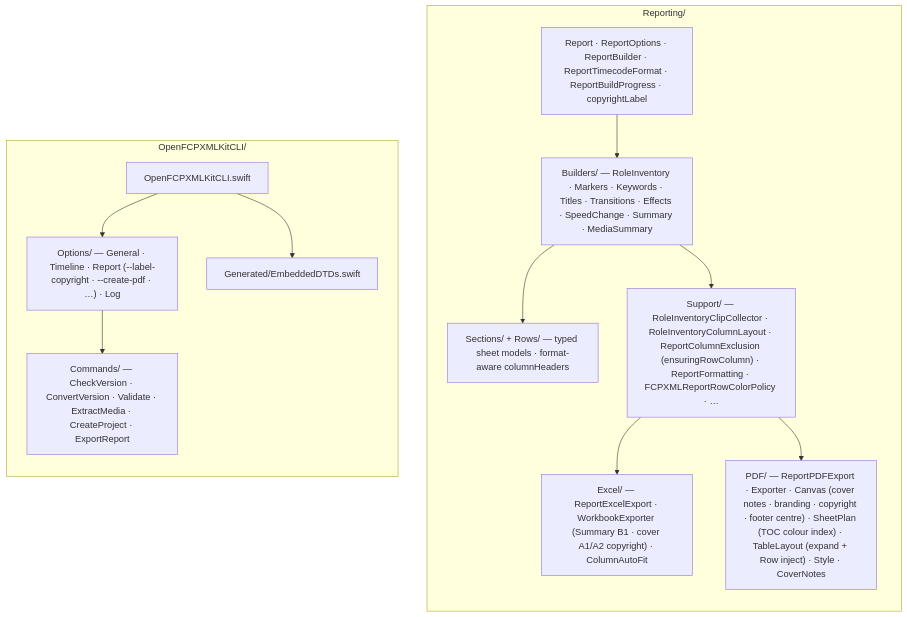
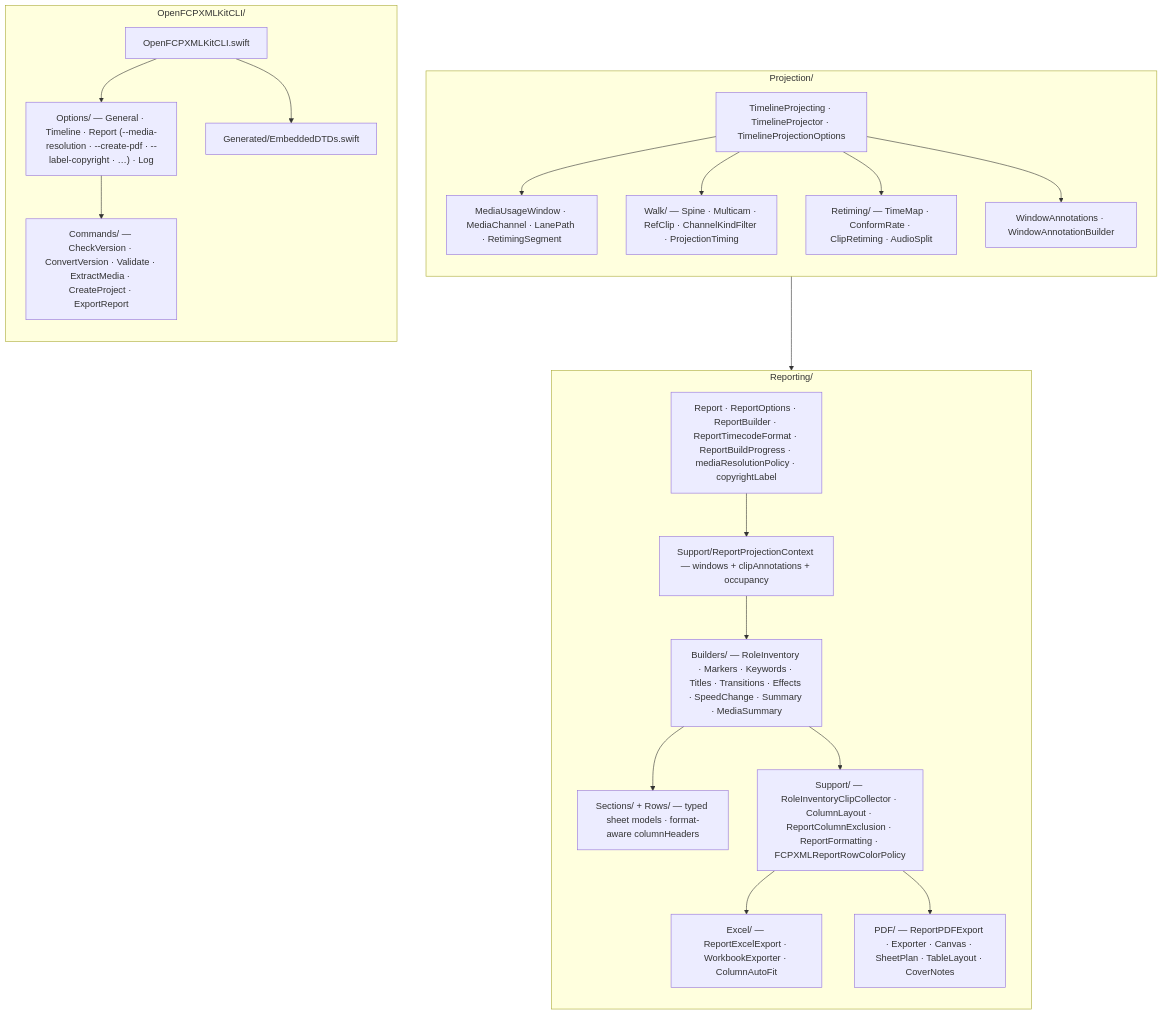
Before and after one commit to TheAcharya/OpenFCPXMLKit: the third of 4 diagrams in ARCHITECTURE.md, drawn with Mermaid. The commit also changed other lines of this file and 131 other files, not shown here.

First line of the commit message:
Add timeline Projection and wire reports to it.

````diff
--- a/ARCHITECTURE.md
+++ b/ARCHITECTURE.md
@@ -188,26 +199,42 @@
 ```mermaid
 flowchart TB
+    subgraph PRJ_DETAIL["Projection/"]
+        direction TB
+        P_API["TimelineProjecting · TimelineProjector · TimelineProjectionOptions"]
+        P_WIN["MediaUsageWindow · MediaChannel · LanePath · RetimingSegment"]
+        P_WALK["Walk/ — Spine · Multicam · RefClip · ChannelKindFilter · ProjectionTiming"]
+        P_RET["Retiming/ — TimeMap · ConformRate · ClipRetiming · AudioSplit"]
+        P_ANN["WindowAnnotations · WindowAnnotationBuilder"]
+        P_API --> P_WIN
+        P_API --> P_WALK
+        P_API --> P_RET
+        P_API --> P_ANN
+    end
+
     subgraph REP_DETAIL["Reporting/"]
         direction TB
-        R_TOP["Report · ReportOptions · ReportBuilder · ReportTimecodeFormat · ReportBuildProgress · copyrightLabel"]
+        R_TOP["Report · ReportOptions · ReportBuilder · ReportTimecodeFormat · ReportBuildProgress · mediaResolutionPolicy · copyrightLabel"]
+        R_CTX["Support/ReportProjectionContext — windows + clipAnnotations + occupancy"]
         R_BLD["Builders/ — RoleInventory · Markers · Keywords · Titles · Transitions · Effects · SpeedChange · Summary · MediaSummary"]
         R_SEC["Sections/ + Rows/ — typed sheet models · format-aware columnHeaders"]
-        R_SUP["Support/ — RoleInventoryClipCollector · RoleInventoryColumnLayout · ReportColumnExclusion (ensuringRowColumn) · ReportFormatting · FCPXMLReportRowColorPolicy · …"]
-        R_XLS["Excel/ — ReportExcelExport · WorkbookExporter (Summary B1 · cover A1/A2 copyright) · ColumnAutoFit"]
-        R_PDF["PDF/ — ReportPDFExport · Exporter · Canvas (cover notes · branding · copyright · footer centre) · SheetPlan (TOC colour index) · TableLayout (expand + Row inject) · Style · CoverNotes"]
-        R_TOP --> R_BLD --> R_SEC
+        R_SUP["Support/ — RoleInventoryClipCollector · ColumnLayout · ReportColumnExclusion · ReportFormatting · FCPXMLReportRowColorPolicy"]
+        R_XLS["Excel/ — ReportExcelExport · WorkbookExporter · ColumnAutoFit"]
+        R_PDF["PDF/ — ReportPDFExport · Exporter · Canvas · SheetPlan · TableLayout · CoverNotes"]
+        R_TOP --> R_CTX --> R_BLD --> R_SEC
         R_BLD --> R_SUP
         R_SUP --> R_XLS
         R_SUP --> R_PDF
     end
 
+    PRJ_DETAIL --> REP_DETAIL
+
     subgraph CLI_DETAIL["OpenFCPXMLKitCLI/"]
         direction TB
         C_ROOT["OpenFCPXMLKitCLI.swift"]
-        C_OPT["Options/ — General · Timeline · Report (--label-copyright · --create-pdf · …) · Log"]
+        C_OPT["Options/ — General · Timeline · Report (--media-resolution · --create-pdf · --label-copyright · …) · Log"]
         C_CMD["Commands/ — CheckVersion · ConvertVersion · Validate · ExtractMedia · CreateProject · ExportReport"]
         C_GEN["Generated/EmbeddedDTDs.swift"]
         C_ROOT --> C_OPT --> C_CMD
         C_ROOT --> C_GEN
     end
 ```
````
